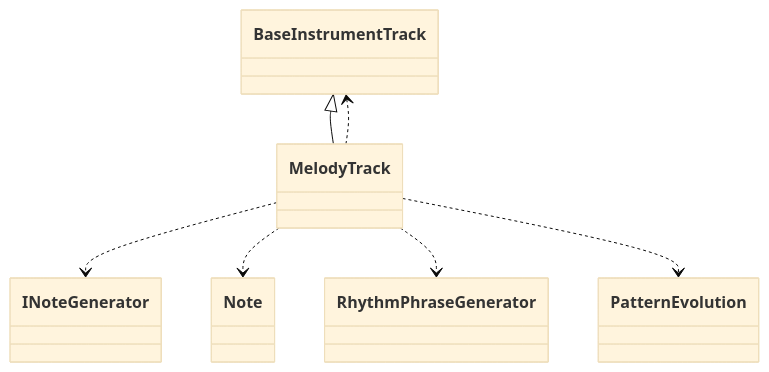
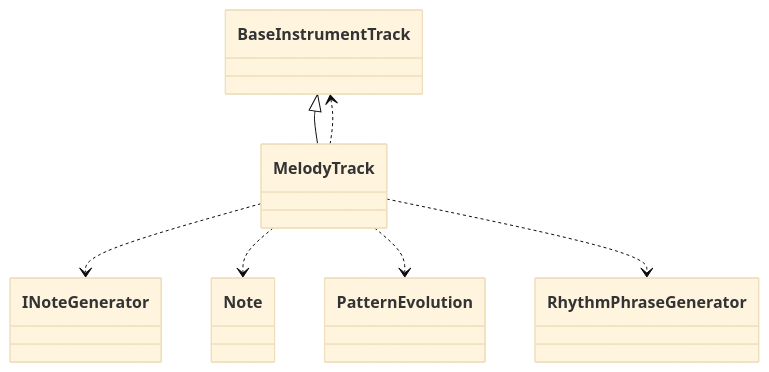
One commit to schnock-art/project_inspector changed the fifth of 39 diagrams in test/test.md. Above: the diagram before and after it, drawn with Mermaid (base theme). The commit also changed other lines of this file and 1 other file, not shown here.

Commit message:
Removed empty mermaid

````diff
--- a/test/test.md
+++ b/test/test.md
@@ -202,9 +202,9 @@
 ```mermaid
 classDiagram
 BaseInstrumentTrack <|-- MelodyTrack
 MelodyTrack ..> BaseInstrumentTrack
 MelodyTrack ..> INoteGenerator
 MelodyTrack ..> Note
+MelodyTrack ..> PatternEvolution
 MelodyTrack ..> RhythmPhraseGenerator
-MelodyTrack ..> PatternEvolution
 ```
````
